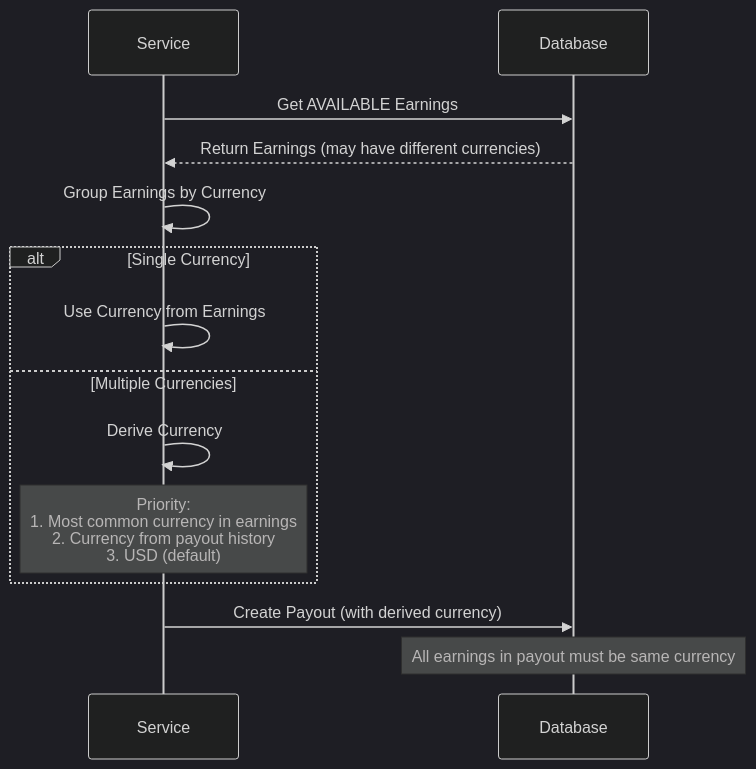
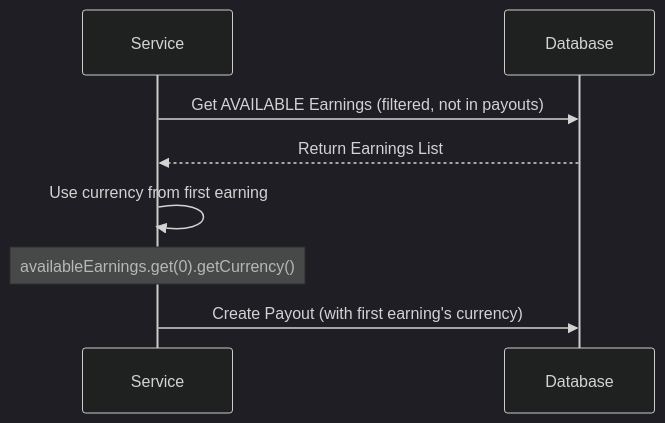
Diagram 17 of 17 in docs/workflows/payout_workflows.md (HuuLocFIT/EduMind), drawn with Mermaid (dark theme) before and after one commit. The commit also changed other lines of this file and 1 other file, not shown here.

First line of the commit message:
feat: update payout and refund workflows documentation

````diff
--- a/docs/workflows/payout_workflows.md
+++ b/docs/workflows/payout_workflows.md
@@ -452,19 +707,13 @@
 ```mermaid
 sequenceDiagram
     participant Service
     participant Database
 
-    Service->>Database: Get AVAILABLE Earnings
-    Database-->>Service: Return Earnings (may have different currencies)
-    
-    Service->>Service: Group Earnings by Currency
-    alt Single Currency
-        Service->>Service: Use Currency from Earnings
-    else Multiple Currencies
-        Service->>Service: Derive Currency
-        Note over Service: Priority:<br/>1. Most common currency in earnings<br/>2. Currency from payout history<br/>3. USD (default)
-    end
-    
-    Service->>Database: Create Payout (with derived currency)
-    Note over Database: All earnings in payout must be same currency
+    Service->>Database: Get AVAILABLE Earnings (filtered, not in payouts)
+    Database-->>Service: Return Earnings List
+
+    Service->>Service: Use currency from first earning
+    Note over Service: availableEarnings.get(0).getCurrency()
+
+    Service->>Database: Create Payout (with first earning's currency)
 ```
````
